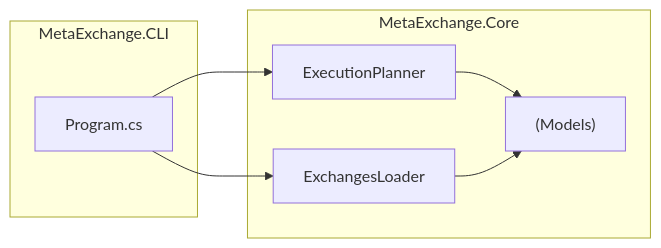
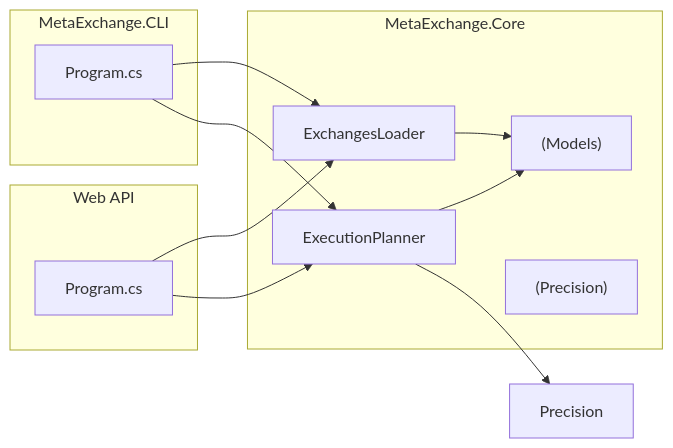
The first of 4 diagrams in README.md (handyana-adesso/MetaExchanges), drawn with Mermaid before and after one commit. The commit also changed other lines of this file, not shown here.

````diff
--- a/README.md
+++ b/README.md
@@ -91,18 +192,27 @@
 ```mermaid
 flowchart LR
 	subgraph CLI[MetaExchange.CLI]
 		CLIProgram[Program.cs]
 	end
 
+	subgraph API[Web API]
+		APIProgram[Program.cs]
+	end
+
 	subgraph Core[MetaExchange.Core]
 		Planner[ExecutionPlanner]
 		Loader[ExchangesLoader]
 		Models["(Models)"]
+		Precisions["(Precision)"]
 	end
 
 	CLIProgram --> Loader
 	CLIProgram --> Planner
 
+	APIProgram --> Loader
+	APIProgram --> Planner
+
 	Planner --> Models
+	Planner --> Precision
 	Loader --> Models
 ```
````
